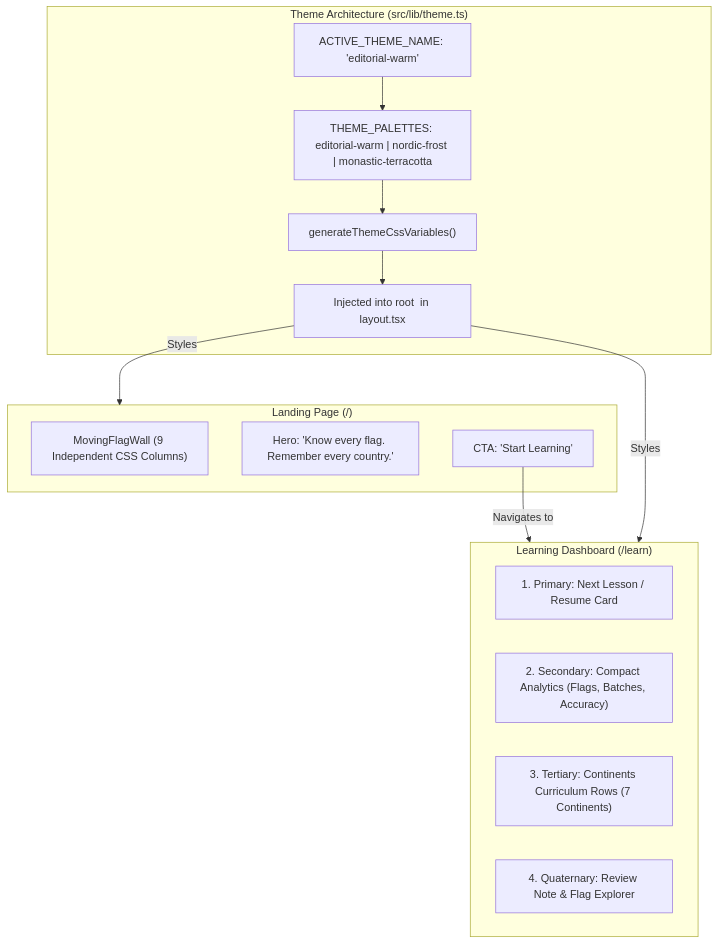
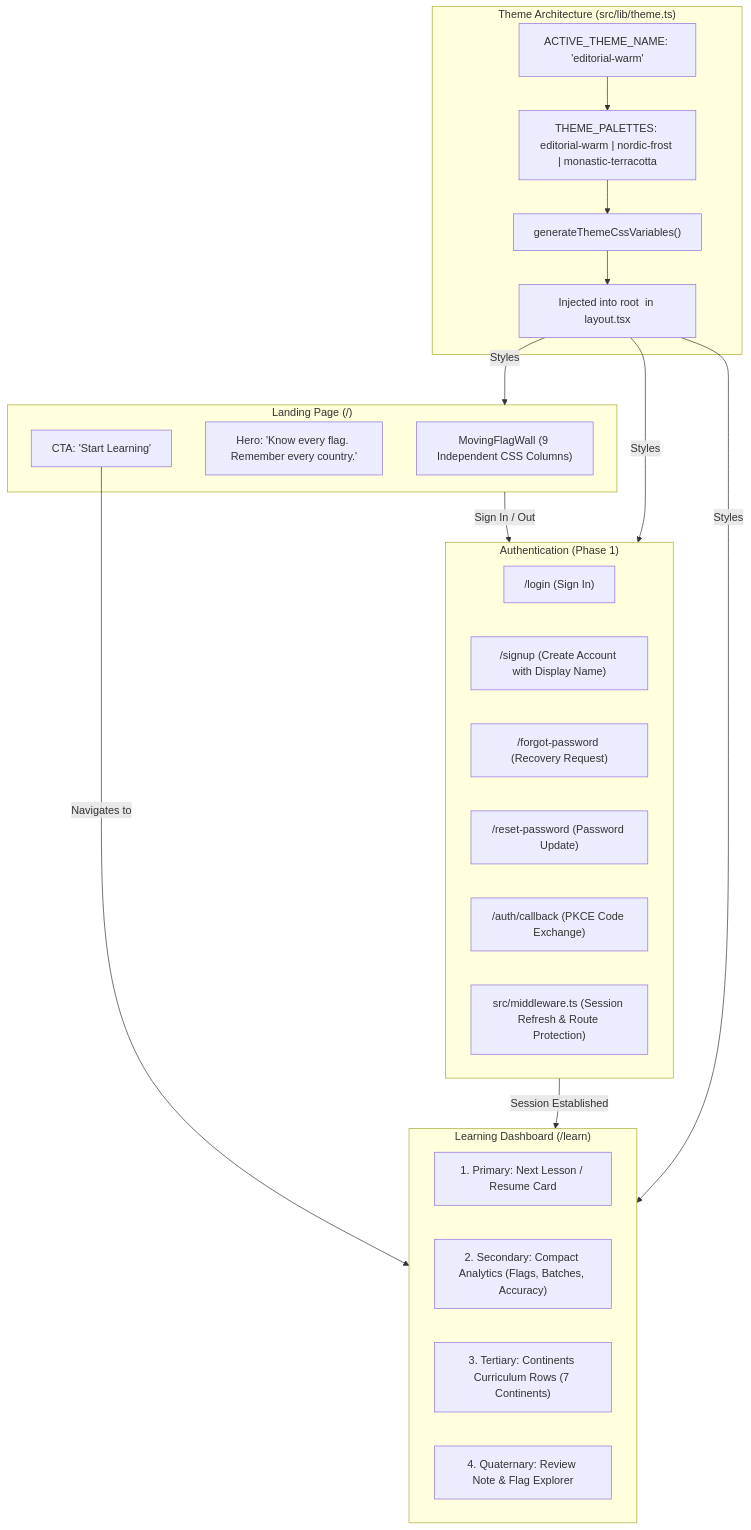
The diagram in track.md (Shavacchenna03/World-flags-memorization), drawn with Mermaid before and after one commit. The commit also changed other lines of this file and 20 other files, not shown here.

````diff
--- a/track.md
+++ b/track.md
@@ -77,27 +63,39 @@
 ```mermaid
 flowchart TD
     subgraph LandingPage ["Landing Page (/)"]
         WALL["MovingFlagWall (9 Independent CSS Columns)"]
         HERO["Hero: 'Know every flag. Remember every country.'"]
         CTA["CTA: 'Start Learning'"]
+    end
+
+    subgraph AuthSystem ["Authentication (Phase 1)"]
+        LOGIN["/login (Sign In)"]
+        SIGNUP["/signup (Create Account with Display Name)"]
+        FORGOT["/forgot-password (Recovery Request)"]
+        RESET["/reset-password (Password Update)"]
+        CALLBACK["/auth/callback (PKCE Code Exchange)"]
+        MIDDLEWARE["src/middleware.ts (Session Refresh & Route Protection)"]
     end
 
     subgraph Dashboard ["Learning Dashboard (/learn)"]
         NEXT["1. Primary: Next Lesson / Resume Card"]
         STATS["2. Secondary: Compact Analytics (Flags, Batches, Accuracy)"]
         CURR["3. Tertiary: Continents Curriculum Rows (7 Continents)"]
         SEC["4. Quaternary: Review Note & Flag Explorer"]
     end
 
     subgraph ThemeSystem ["Theme Architecture (src/lib/theme.ts)"]
         CONF["ACTIVE_THEME_NAME: 'editorial-warm'"]
         PALETTES["THEME_PALETTES: editorial-warm | nordic-frost | monastic-terracotta"]
         GEN["generateThemeCssVariables()"]
         HEAD["Injected into root <head> in layout.tsx"]
     end
 
     CTA -->|Navigates to| Dashboard
+    LandingPage -->|Sign In / Out| AuthSystem
+    AuthSystem -->|Session Established| Dashboard
     CONF --> PALETTES --> GEN --> HEAD
     HEAD -->|Styles| LandingPage
     HEAD -->|Styles| Dashboard
+    HEAD -->|Styles| AuthSystem
 ```
````
